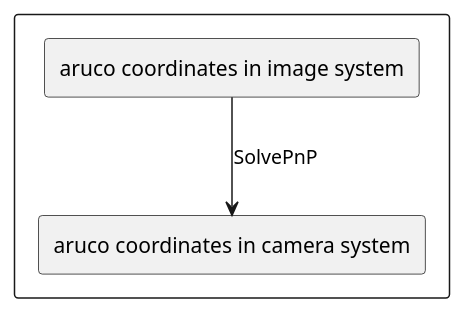
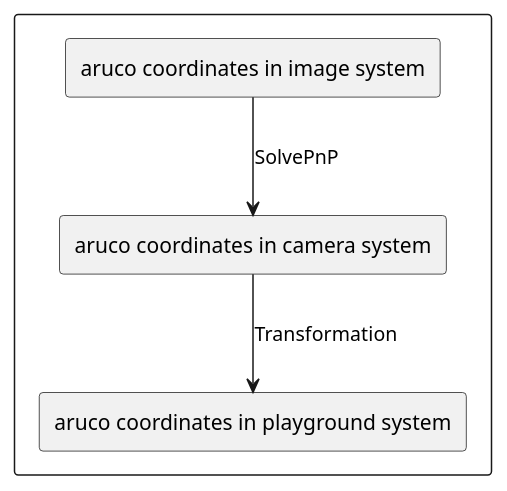
Before and after one commit to noegame/ROD: the second of 2 diagrams in docs/pose-estimation.md, drawn with PlantUML. The commit also changed 2 other files, not shown here.

Commit message:
Documentation

````diff
--- a/docs/pose-estimation.md
+++ b/docs/pose-estimation.md
@@ -30,9 +30,11 @@
 ```plantuml
 @startuml
 Rectangle {
     Rectangle "aruco coordinates in camera system" as Camera
     Rectangle "aruco coordinates in image system" as Image
+    Rectangle "aruco coordinates in playground system" as Playground
     Image --> Camera : SolvePnP
+   Camera --> Playground : Transformation 
 }
 @enduml
 ```
````
